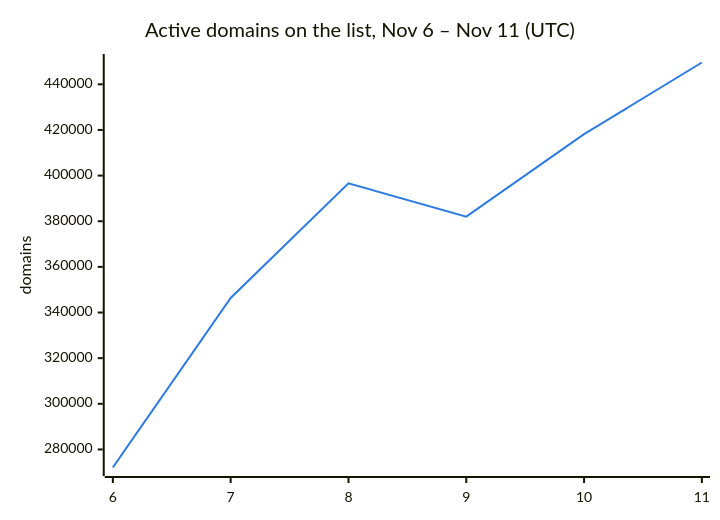
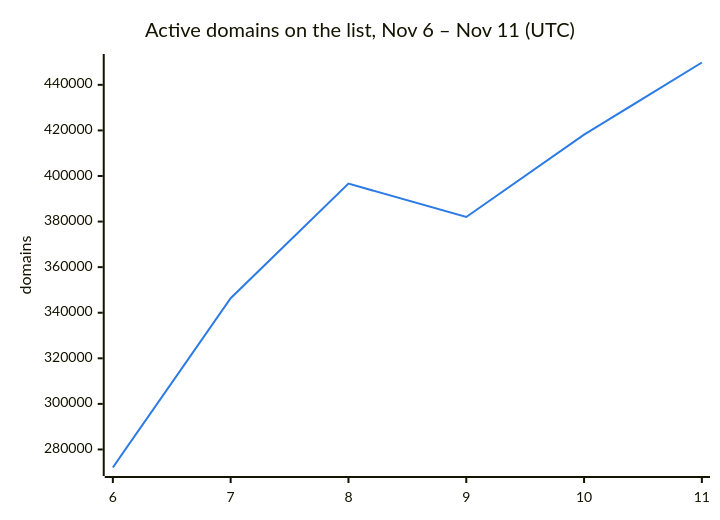
One commit to DNSBunker/CTI changed the second of 3 diagrams in README.md. Above: the diagram before and after it, drawn with Mermaid. The commit also changed other lines of this file and 3 other files, not shown here.

````diff
--- a/README.md
+++ b/README.md
@@ -38,8 +38,8 @@
 ```mermaid
 %%{init: {"themeVariables": {"xyChart": {"plotColorPalette": "#2c7be5"}}}}%%
 xychart-beta
     title "Active domains on the list, Nov 6 – Nov 11 (UTC)"
     x-axis ["6", "7", "8", "9", "10", "11"]
     y-axis "domains"
-    line [272088, 346388, 396638, 382009, 418143, 449558]
+    line [272088, 346388, 396638, 382009, 418143, 449799]
 ```
````
